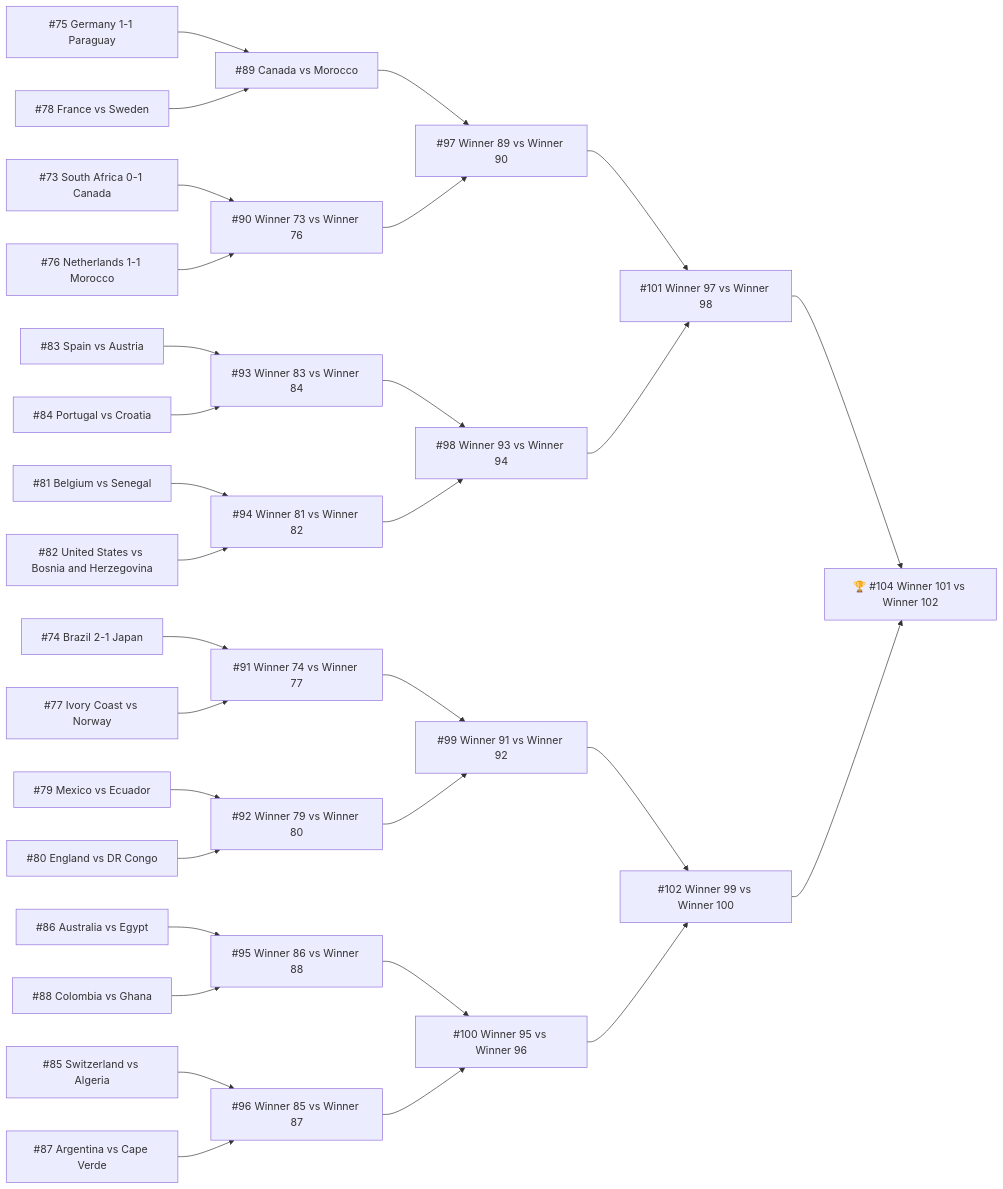
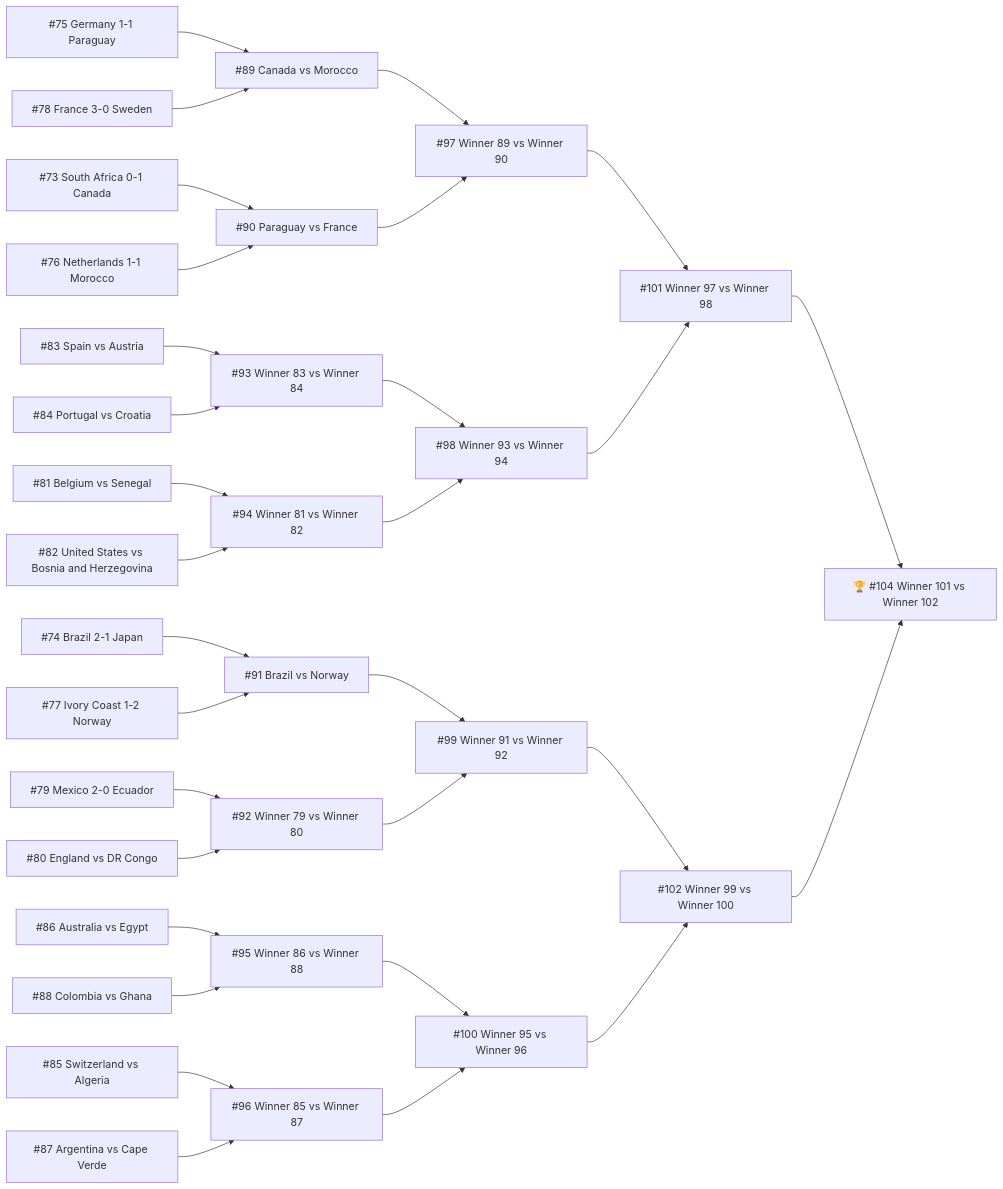
Before and after one commit to didiowen/theyears: the diagram in src/site/notes/Area/Football/World Cup 2026.md, drawn with Mermaid. The commit also changed 2 other files, not shown here.

Commit message:
auto: WC2026 update 2026-07-01

````diff
--- a/src/site/notes/Area/Football/World Cup 2026.md
+++ b/src/site/notes/Area/Football/World Cup 2026.md
@@ -476,64 +476,64 @@
 ```mermaid
 flowchart LR
   M73["#73 South Africa 0-1 Canada"]
   M74["#74 Brazil 2-1 Japan"]
   M75["#75 Germany 1-1 Paraguay"]
   M76["#76 Netherlands 1-1 Morocco"]
-  M77["#77 Ivory Coast vs Norway"]
-  M78["#78 France vs Sweden"]
-  M79["#79 Mexico vs Ecuador"]
+  M77["#77 Ivory Coast 1-2 Norway"]
+  M78["#78 France 3-0 Sweden"]
+  M79["#79 Mexico 2-0 Ecuador"]
   M80["#80 England vs DR Congo"]
   M81["#81 Belgium vs Senegal"]
   M82["#82 United States vs Bosnia and Herzegovina"]
   M83["#83 Spain vs Austria"]
   M84["#84 Portugal vs Croatia"]
   M85["#85 Switzerland vs Algeria"]
   M86["#86 Australia vs Egypt"]
   M87["#87 Argentina vs Cape Verde"]
   M88["#88 Colombia vs Ghana"]
   M89["#89 Canada vs Morocco"]
-  M90["#90 Winner 73 vs Winner 76"]
-  M91["#91 Winner 74 vs Winner 77"]
+  M90["#90 Paraguay vs France"]
+  M91["#91 Brazil vs Norway"]
   M92["#92 Winner 79 vs Winner 80"]
   M93["#93 Winner 83 vs Winner 84"]
   M94["#94 Winner 81 vs Winner 82"]
   M95["#95 Winner 86 vs Winner 88"]
   M96["#96 Winner 85 vs Winner 87"]
   M97["#97 Winner 89 vs Winner 90"]
   M98["#98 Winner 93 vs Winner 94"]
   M99["#99 Winner 91 vs Winner 92"]
   M100["#100 Winner 95 vs Winner 96"]
   M101["#101 Winner 97 vs Winner 98"]
   M102["#102 Winner 99 vs Winner 100"]
   M104["🏆 #104 Winner 101 vs Winner 102"]
   M75 --> M89
   M78 --> M89
   M73 --> M90
   M76 --> M90
   M74 --> M91
   M77 --> M91
   M79 --> M92
   M80 --> M92
   M83 --> M93
   M84 --> M93
   M81 --> M94
   M82 --> M94
   M86 --> M95
   M88 --> M95
   M85 --> M96
   M87 --> M96
   M89 --> M97
   M90 --> M97
   M93 --> M98
   M94 --> M98
   M91 --> M99
   M92 --> M99
   M95 --> M100
   M96 --> M100
   M97 --> M101
   M98 --> M101
   M99 --> M102
   M100 --> M102
   M101 --> M104
   M102 --> M104
 ```
````
